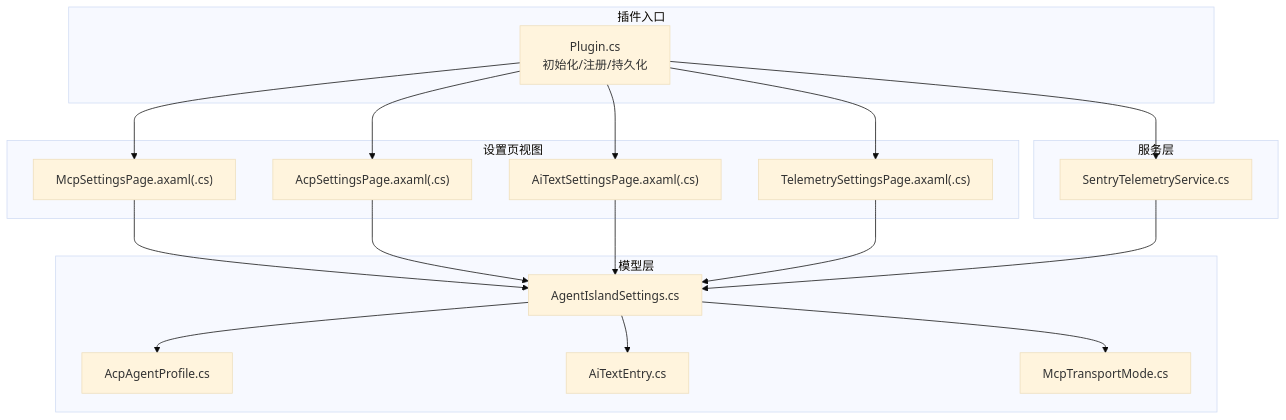
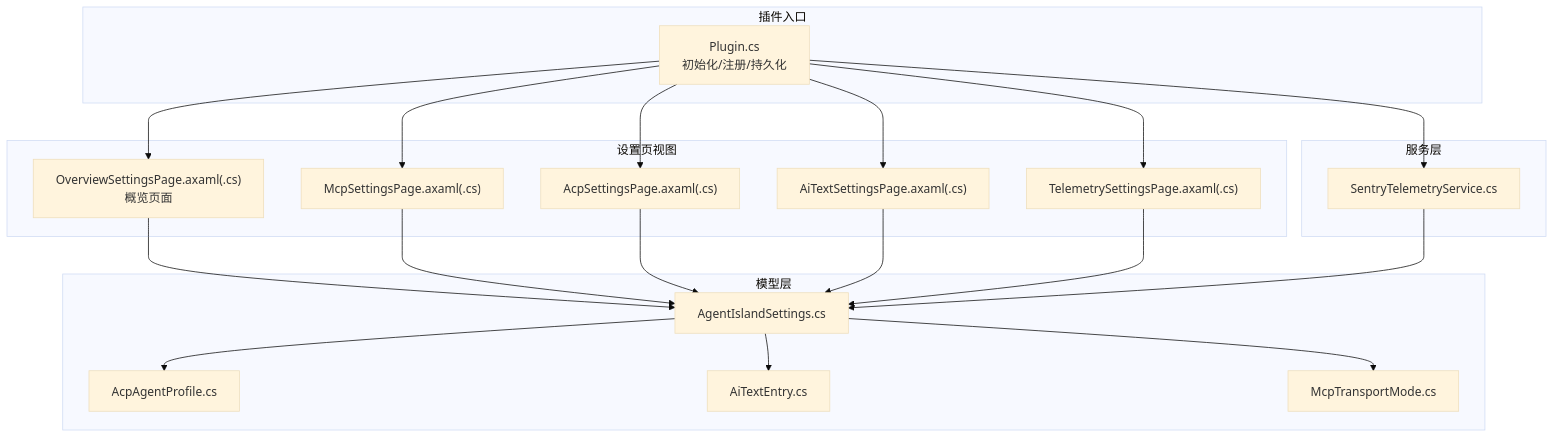
Before and after one commit to ShihaoShenDev/AgentIsland: the first of 8 diagrams in .qoder/repowiki/zh/content/UI 组件系统/设置页面/设置页面.md, drawn with Mermaid (base theme). The commit also changed other lines of this file and 54 other files, not shown here.

Commit message:
docs: restructure repowiki docs, add overview/settings pages, refresh telemetry docs and build scripts

````diff
--- a/.qoder/repowiki/zh/content/UI 组件系统/设置页面/设置页面.md
+++ b/.qoder/repowiki/zh/content/UI 组件系统/设置页面/设置页面.md
@@ -46,34 +55,37 @@
 ```mermaid
 graph TB
 subgraph "插件入口"
 Plugin["Plugin.cs<br/>初始化/注册/持久化"]
 end
 subgraph "设置页视图"
+OverviewV["OverviewSettingsPage.axaml(.cs)<br/>概览页面"]
 McpV["McpSettingsPage.axaml(.cs)"]
 AcpV["AcpSettingsPage.axaml(.cs)"]
 AiTextV["AiTextSettingsPage.axaml(.cs)"]
 TelemetryV["TelemetrySettingsPage.axaml(.cs)"]
 end
 subgraph "模型层"
 Settings["AgentIslandSettings.cs"]
 Agent["AcpAgentProfile.cs"]
 Entry["AiTextEntry.cs"]
 Mode["McpTransportMode.cs"]
 end
 subgraph "服务层"
 Sentry["SentryTelemetryService.cs"]
 end
+Plugin --> OverviewV
 Plugin --> McpV
 Plugin --> AcpV
 Plugin --> AiTextV
 Plugin --> TelemetryV
+OverviewV --> Settings
 McpV --> Settings
 AcpV --> Settings
 AiTextV --> Settings
 TelemetryV --> Settings
 Settings --> Agent
 Settings --> Entry
 Settings --> Mode
 Plugin --> Sentry
 Sentry --> Settings
 ```
````
